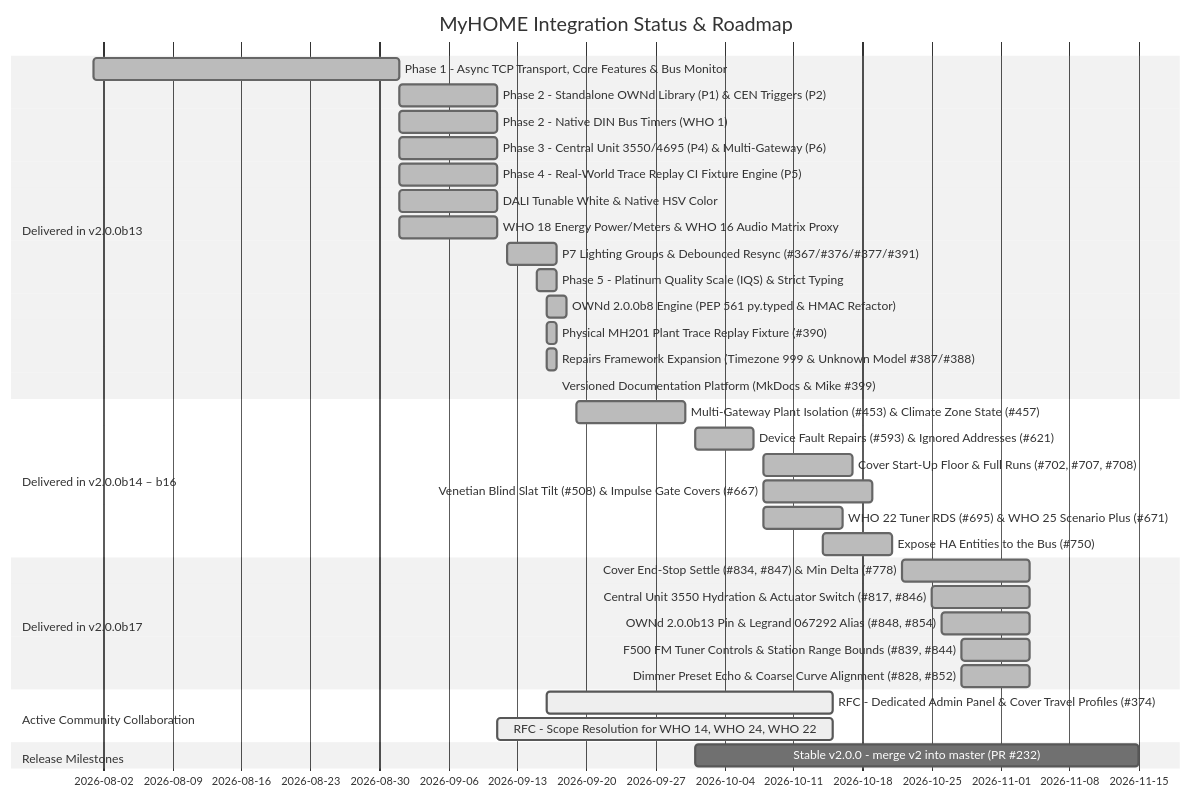
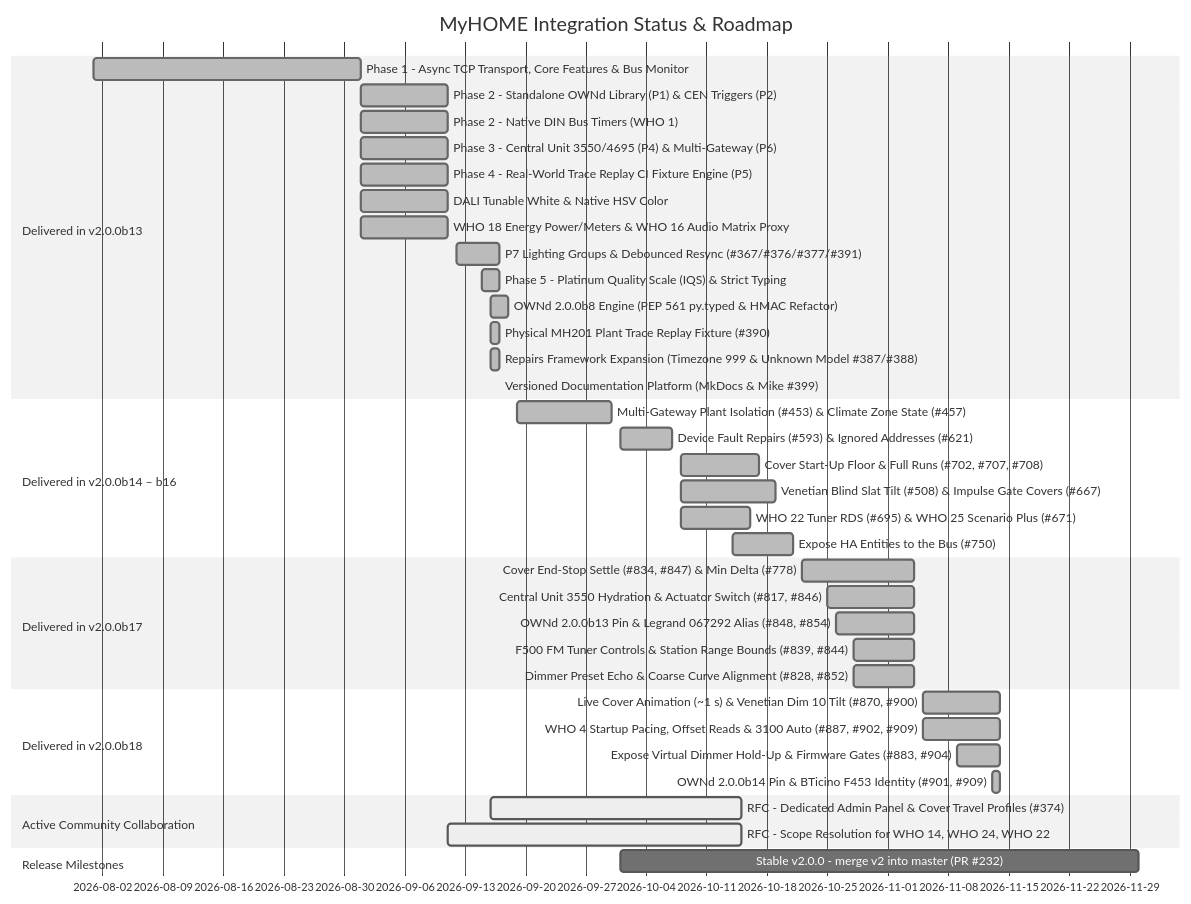
The first of 3 diagrams in ROADMAP.md (OpenWebNet-HA/MyHOME), drawn with Mermaid (neutral theme) before and after one commit. The commit also changed other lines of this file and 13 other files, not shown here.

Commit message:
chore(release): 2.0.0b18 version bump, release notes, and README/roadmap refresh

````diff
--- a/ROADMAP.md
+++ b/ROADMAP.md
@@ -13,37 +13,42 @@
 ```mermaid
 gantt
     title MyHOME Integration Status & Roadmap
     dateFormat  YYYY-MM-DD
     section Delivered in v2.0.0b13
     Phase 1 - Async TCP Transport, Core Features & Bus Monitor      :done, 2026-08-01, 2026-09-01
     Phase 2 - Standalone OWNd Library (P1) & CEN Triggers (P2)      :done, 2026-09-01, 2026-09-11
     Phase 2 - Native DIN Bus Timers (WHO 1)                         :done, 2026-09-01, 2026-09-11
     Phase 3 - Central Unit 3550/4695 (P4) & Multi-Gateway (P6)      :done, 2026-09-01, 2026-09-11
     Phase 4 - Real-World Trace Replay CI Fixture Engine (P5)        :done, 2026-09-01, 2026-09-11
     DALI Tunable White & Native HSV Color                           :done, 2026-09-01, 2026-09-11
     WHO 18 Energy Power/Meters & WHO 16 Audio Matrix Proxy          :done, 2026-09-01, 2026-09-11
     P7 Lighting Groups & Debounced Resync (#367/#376/#377/#391)     :done, 2026-09-12, 2026-09-17
     Phase 5 - Platinum Quality Scale (IQS) & Strict Typing          :done, 2026-09-15, 2026-09-17
     OWNd 2.0.0b8 Engine (PEP 561 py.typed & HMAC Refactor)          :done, 2026-09-16, 2026-09-18
     Physical MH201 Plant Trace Replay Fixture (#390)                :done, 2026-09-16, 2026-09-17
     Repairs Framework Expansion (Timezone 999 & Unknown Model #387/#388) :done, 2026-09-16, 2026-09-17
     Versioned Documentation Platform (MkDocs & Mike #399)           :done, 2026-09-17, 2026-09-17
     section Delivered in v2.0.0b14 – b16
     Multi-Gateway Plant Isolation (#453) & Climate Zone State (#457) :done, 2026-09-19, 2026-09-30
     Device Fault Repairs (#593) & Ignored Addresses (#621)          :done, 2026-10-01, 2026-10-07
     Cover Start-Up Floor & Full Runs (#702, #707, #708)             :done, 2026-10-08, 2026-10-17
     Venetian Blind Slat Tilt (#508) & Impulse Gate Covers (#667)    :done, 2026-10-08, 2026-10-19
     WHO 22 Tuner RDS (#695) & WHO 25 Scenario Plus (#671)           :done, 2026-10-08, 2026-10-16
     Expose HA Entities to the Bus (#750)                            :done, 2026-10-14, 2026-10-21
     section Delivered in v2.0.0b17
     Cover End-Stop Settle (#834, #847) & Min Delta (#778)           :done, 2026-10-22, 2026-11-04
     Central Unit 3550 Hydration & Actuator Switch (#817, #846)       :done, 2026-10-25, 2026-11-04
     OWNd 2.0.0b13 Pin & Legrand 067292 Alias (#848, #854)           :done, 2026-10-26, 2026-11-04
     F500 FM Tuner Controls & Station Range Bounds (#839, #844)       :done, 2026-10-28, 2026-11-04
     Dimmer Preset Echo & Coarse Curve Alignment (#828, #852)         :done, 2026-10-28, 2026-11-04
+    section Delivered in v2.0.0b18
+    Live Cover Animation (~1 s) & Venetian Dim 10 Tilt (#870, #900)  :done, 2026-11-05, 2026-11-14
+    WHO 4 Startup Pacing, Offset Reads & 3100 Auto (#887, #902, #909) :done, 2026-11-05, 2026-11-14
+    Expose Virtual Dimmer Hold-Up & Firmware Gates (#883, #904)      :done, 2026-11-09, 2026-11-14
+    OWNd 2.0.0b14 Pin & BTicino F453 Identity (#901, #909)           :done, 2026-11-13, 2026-11-14
     section Active Community Collaboration
     RFC - Dedicated Admin Panel & Cover Travel Profiles (#374)      :active, 2026-09-16, 2026-10-15
     RFC - Scope Resolution for WHO 14, WHO 24, WHO 22               :active, 2026-09-11, 2026-10-15
     section Release Milestones
-    Stable v2.0.0 - merge v2 into master (PR #232)                  :2026-10-01, 2026-11-15
+    Stable v2.0.0 - merge v2 into master (PR #232)                  :2026-10-01, 2026-11-30
 ```
````
